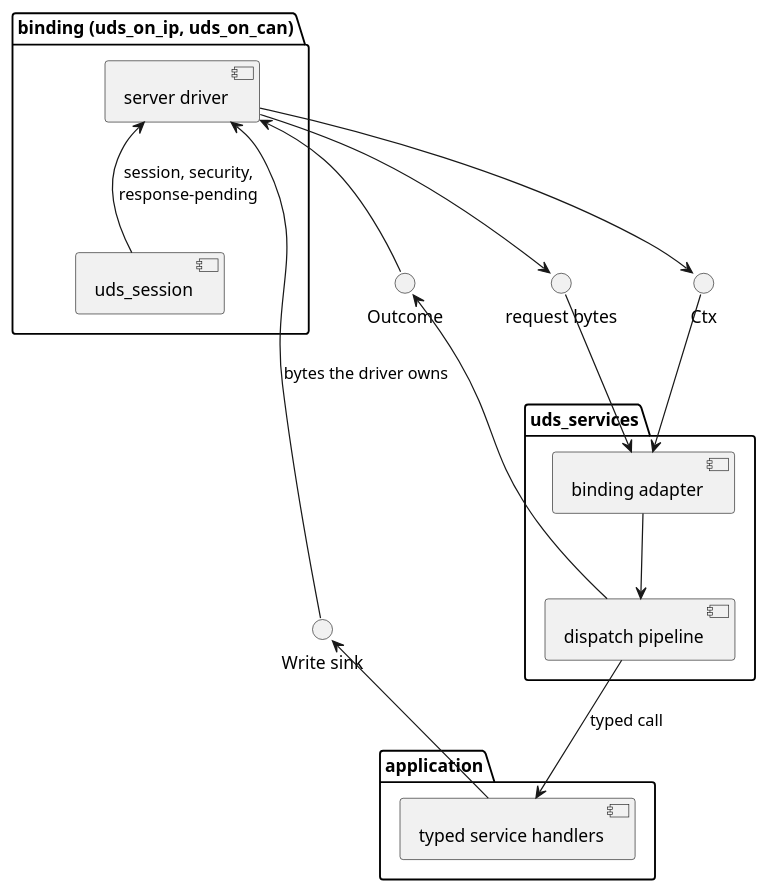
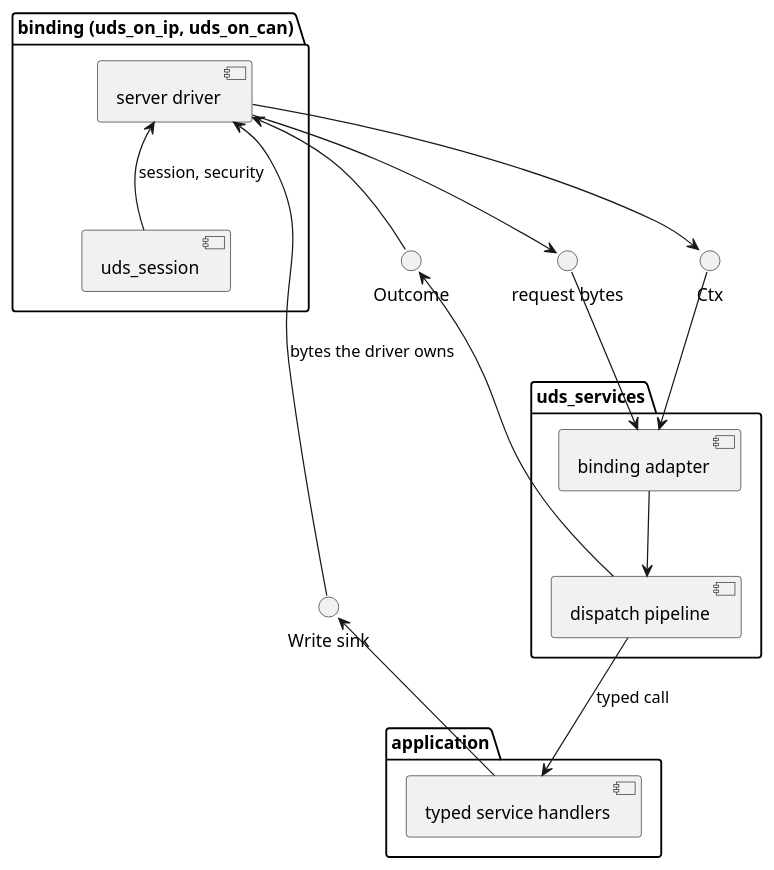
One commit to luminartech/uds_stack changed the diagram in crates/uds_services/docs/architecture/seams.rst. Above: the diagram before and after it, drawn with PlantUML. The commit also changed other lines of this file and 2 other files, not shown here.

```diff
--- a/crates/uds_services/docs/architecture/seams.rst
+++ b/crates/uds_services/docs/architecture/seams.rst
@@ -17,36 +21,37 @@
 .. uml::
    :align: center
-   :caption: The four server-side seams. The client's transport seam is below.
+   :caption: The four seams declared elsewhere and implemented here. The two this
+             crate declares are below.
 
    @startuml
    package "binding (uds_on_ip, uds_on_can)" {
      [server driver] as DRV
      [uds_session] as SESS
    }
 
    package "uds_services" {
      [dispatch pipeline] as PIPE
      [binding adapter] as AD
    }
 
    package "application" {
      [typed service handlers] as APPH
    }
 
    interface "request bytes" as BYTES
    interface "Ctx" as CTX
    interface "Outcome" as OUT
    interface "Write sink" as SINK
 
    DRV -down-> BYTES
    BYTES -down-> AD
    DRV -down-> CTX
-   SESS -up-> DRV : session, security,\nresponse-pending
+   SESS -up-> DRV : session, security
    CTX -down-> AD
    AD -down-> PIPE
    PIPE -up-> OUT
    OUT -up-> DRV
    PIPE -down-> APPH : typed call
    APPH -up-> SINK
    SINK -up-> DRV : bytes the driver owns
    @enduml
```
